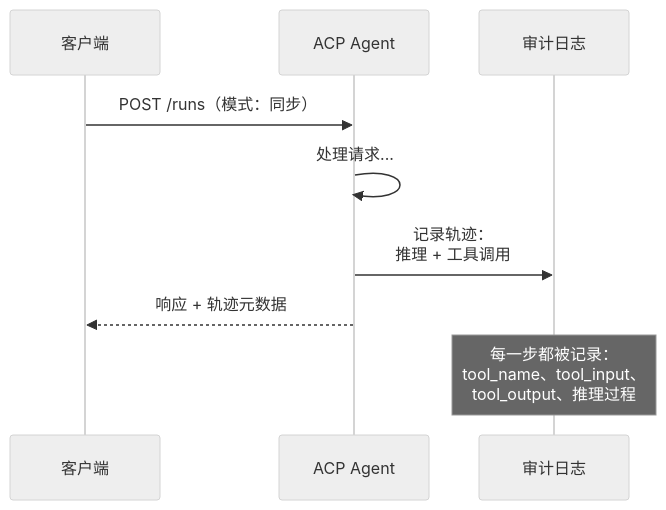
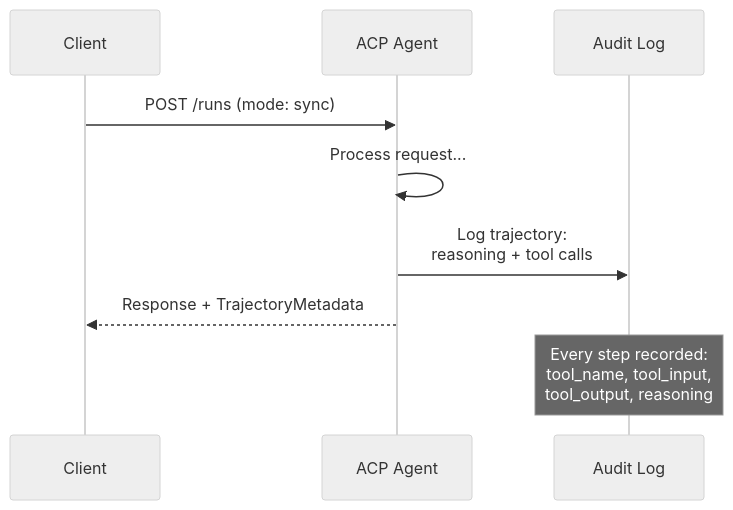
Before and after one commit to xiaojiaenen/ai-engineering-from-scratch-zh: the fifth of 13 diagrams in i18n/zh/phases/16-multi-agent-and-swarms/03-communication-protocols/docs/zh.md, drawn with Mermaid (neutral theme). The commit also changed other lines of this file and 25 other files, not shown here.

````diff
--- a/i18n/zh/phases/16-multi-agent-and-swarms/03-communication-protocols/docs/zh.md
+++ b/i18n/zh/phases/16-multi-agent-and-swarms/03-communication-protocols/docs/zh.md
@@ -293,12 +293,12 @@
 ```mermaid
 sequenceDiagram
-    participant Client as 客户端
+    participant Client
     participant ACP as ACP Agent
-    participant Audit as 审计日志
+    participant Audit as Audit Log
 
-    Client->>ACP: POST /runs（模式：同步）
-    ACP->>ACP: 处理请求...
-    ACP->>Audit: 记录轨迹：<br/>推理 + 工具调用
-    ACP-->>Client: 响应 + 轨迹元数据
-    Note over Audit: 每一步都被记录：<br/>tool_name、tool_input、<br/>tool_output、推理过程
+    Client->>ACP: POST /runs (mode: sync)
+    ACP->>ACP: Process request...
+    ACP->>Audit: Log trajectory:<br/>reasoning + tool calls
+    ACP-->>Client: Response + TrajectoryMetadata
+    Note over Audit: Every step recorded:<br/>tool_name, tool_input,<br/>tool_output, reasoning
 ```
````
